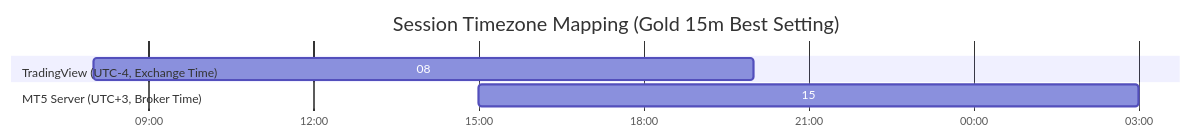
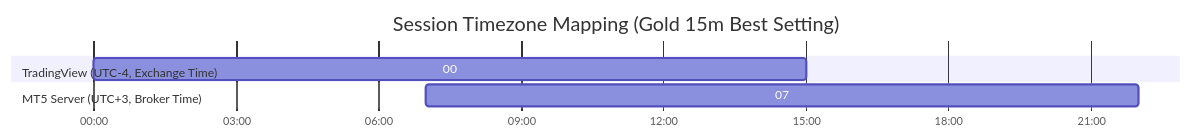
One commit to jzd101/breakout-follow-101 changed the second of 2 diagrams in README.md. Above: the diagram before and after it, drawn with Mermaid. The commit also changed other lines of this file, not shown here.

````diff
--- a/README.md
+++ b/README.md
@@ -197,10 +197,10 @@
 ```mermaid
 gantt
     title Session Timezone Mapping (Gold 15m Best Setting)
     dateFormat YYYY-MM-DD HH:mm
     axisFormat %H:00
     section TradingView (UTC-4, Exchange Time)
-    08:00 - 20:00 same day :active, 2026-01-01 08:00, 2026-01-01 20:00
+    00:00 - 15:00 same day :active, 2026-01-01 00:00, 2026-01-01 15:00
     section MT5 Server (UTC+3, Broker Time)
-    15:00 - 03:00 next day :crit, 2026-01-01 15:00, 2026-01-02 03:00
+    07:00 - 22:00 same day :crit, 2026-01-01 07:00, 2026-01-01 22:00
 ```
````
